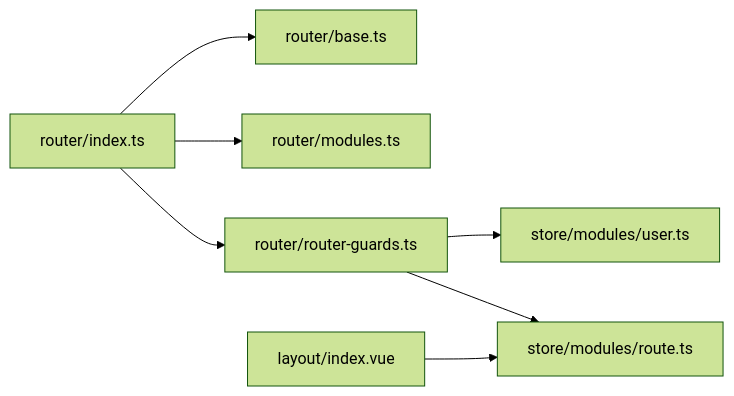
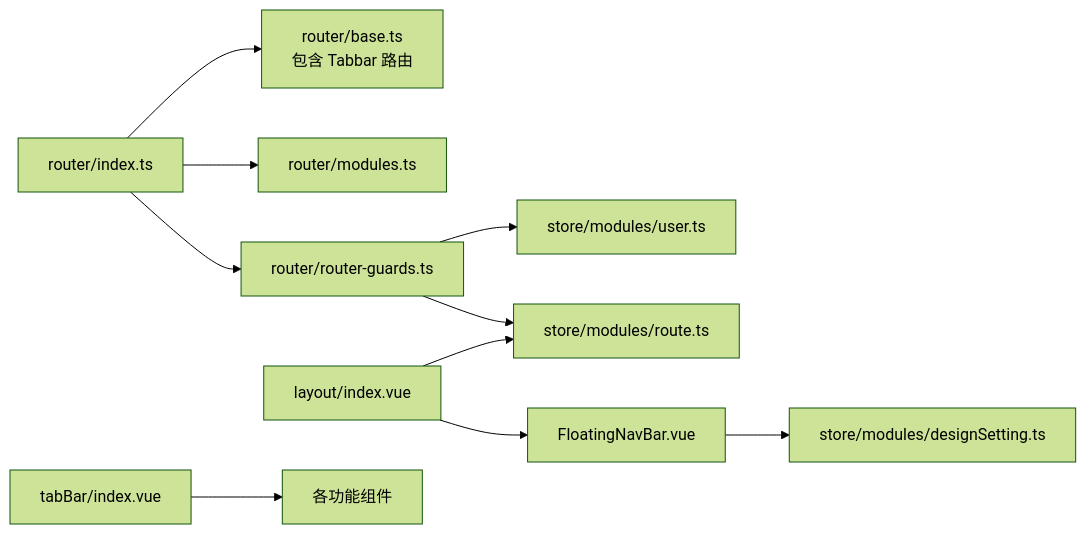
Before and after one commit to giserman001/vue3-vant4-mobile: the tenth of 10 diagrams in .qoder/repowiki/zh/content/核心系统/路由系统.md, drawn with Mermaid (forest theme). The commit also changed other lines of this file and 60 other files, not shown here.

````diff
--- a/.qoder/repowiki/zh/content/核心系统/路由系统.md
+++ b/.qoder/repowiki/zh/content/核心系统/路由系统.md
@@ -339,9 +436,12 @@
 ```mermaid
 graph LR
-Router["router/index.ts"] --> Base["router/base.ts"]
+Router["router/index.ts"] --> Base["router/base.ts<br/>包含 Tabbar 路由"]
 Router --> Modules["router/modules.ts"]
 Router --> Guards["router/router-guards.ts"]
 Guards --> UserStore["store/modules/user.ts"]
 Guards --> RouteStore["store/modules/route.ts"]
 Layout["layout/index.vue"] --> RouteStore
+Layout --> Floating["FloatingNavBar.vue"]
+Floating --> DesignStore["store/modules/designSetting.ts"]
+Tabbar["tabBar/index.vue"] --> Components["各功能组件"]
 ```
````
